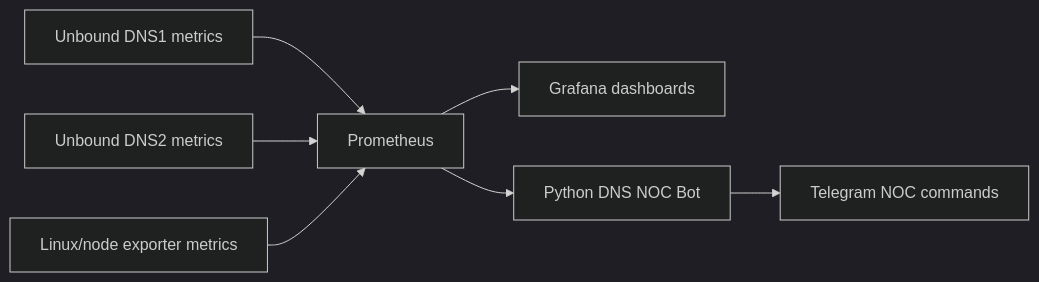
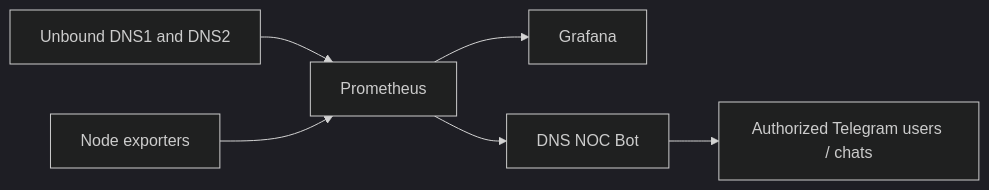
Before and after one commit to codexhtb/dns-noc-bot: the diagram in README.md, drawn with Mermaid (dark theme). The commit also changed other lines of this file, not shown here.

```diff
--- a/README.md
+++ b/README.md
@@ -30,9 +26,8 @@
 ~~~mermaid
 flowchart LR
-    DNS1["Unbound DNS1 metrics"] --> P["Prometheus"]
-    DNS2["Unbound DNS2 metrics"] --> P
-    NODE["Linux/node exporter metrics"] --> P
-    P --> G["Grafana dashboards"]
-    P --> B["Python DNS NOC Bot"]
-    B --> T["Telegram NOC commands"]
+    U["Unbound DNS1 and DNS2"] --> P["Prometheus"]
+    N["Node exporters"] --> P
+    P --> G["Grafana"]
+    P --> B["DNS NOC Bot"]
+    B --> T["Authorized Telegram users / chats"]
 ~~~
```
